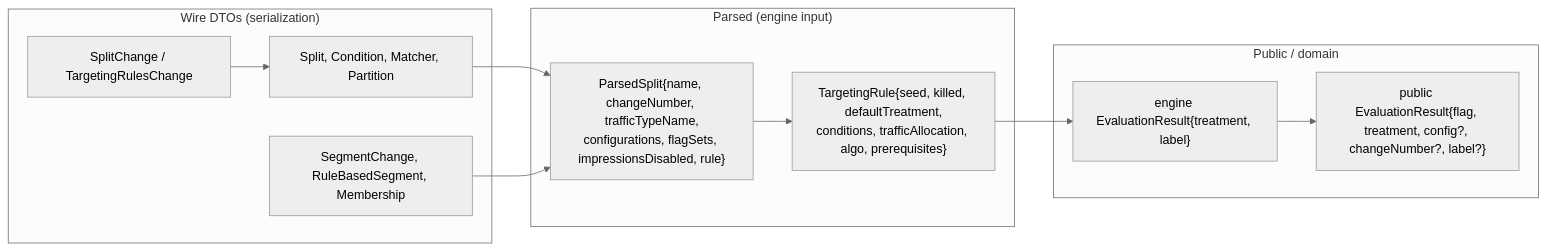
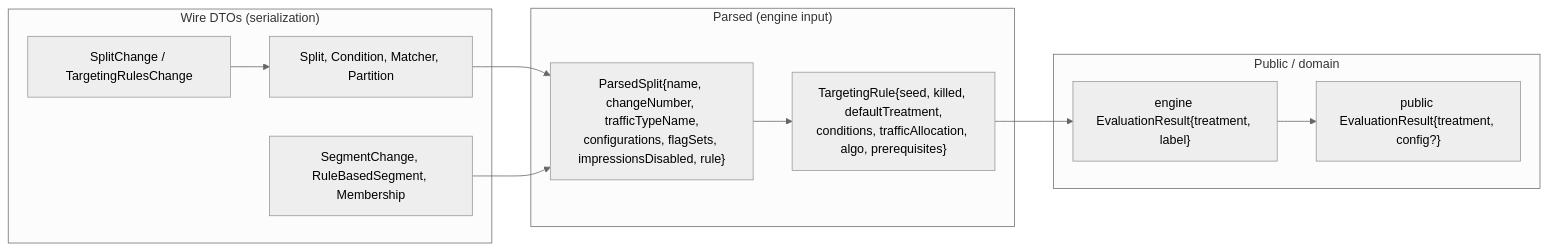
Before and after one commit to splitio/dart-client: the second of 7 diagrams in docs/SDK-Specification-v1-RFC2119.md, drawn with Mermaid (neutral theme). The commit also changed other lines of this file and 382 other files, not shown here.

````diff
--- a/docs/SDK-Specification-v1-RFC2119.md
+++ b/docs/SDK-Specification-v1-RFC2119.md
@@ -188,19 +188,19 @@
 ```mermaid
 flowchart LR
   subgraph WIRE["Wire DTOs (serialization)"]
     SC["SplitChange / TargetingRulesChange"]
     SPL["Split, Condition, Matcher, Partition"]
     SEG["SegmentChange, RuleBasedSegment, Membership"]
   end
   subgraph PARSED["Parsed (engine input)"]
     PS["ParsedSplit{name, changeNumber, trafficTypeName,<br/>configurations, flagSets, impressionsDisabled, rule}"]
     TR["TargetingRule{seed, killed, defaultTreatment,<br/>conditions, trafficAllocation, algo, prerequisites}"]
   end
   subgraph PUBLIC["Public / domain"]
-    PER["public EvaluationResult{flag, treatment, config?, changeNumber?, label?}"]
+    PER["public EvaluationResult{treatment, config?}"]
     EER["engine EvaluationResult{treatment, label}"]
   end
   SC --> SPL --> PS --> TR
   SEG --> PS
   TR --> EER --> PER
 ```
````
